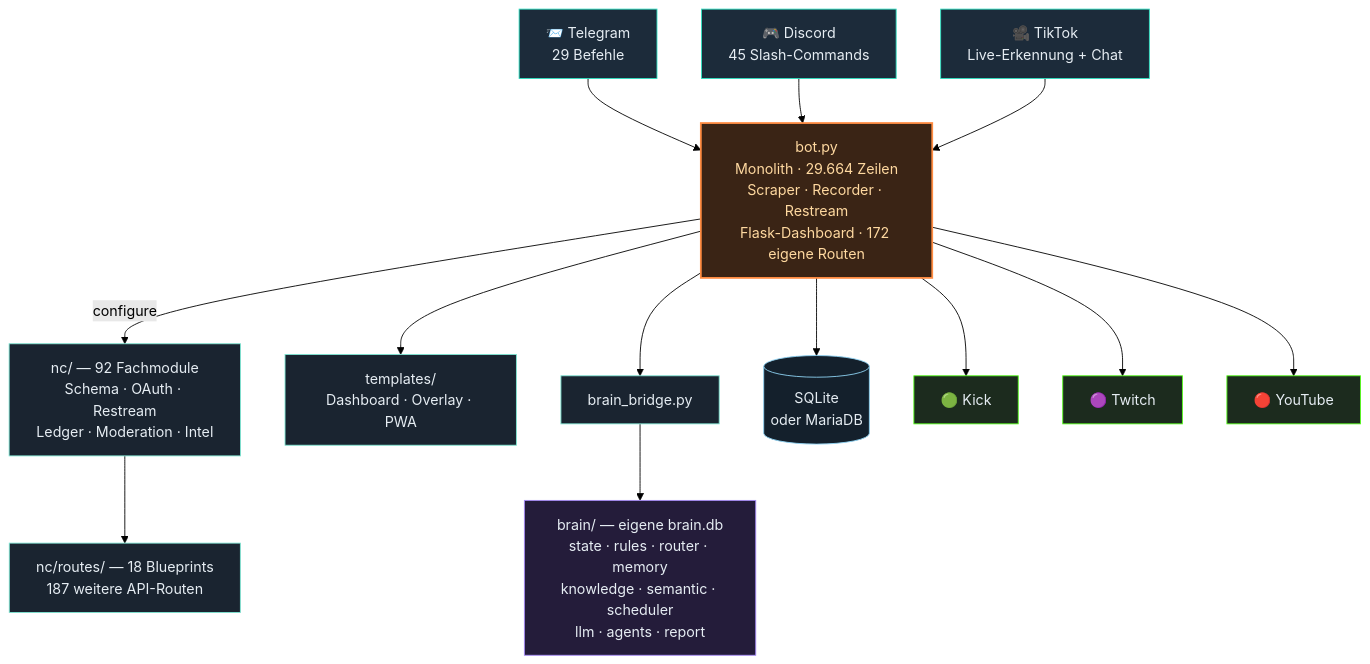
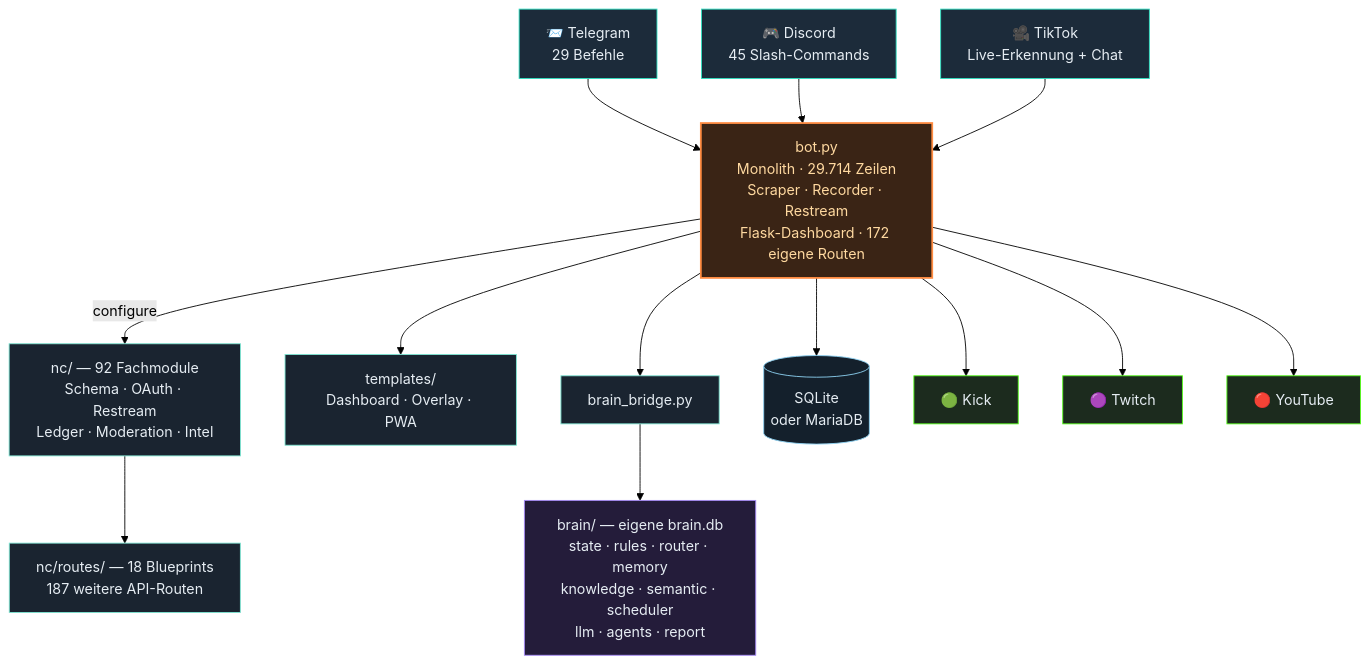
The third of 4 diagrams in README.md (itsamemedev/Telegram-Stream-Info-Bot), drawn with Mermaid (forest theme) before and after one commit. The commit also changed other lines of this file and 10 other files, not shown here.

````diff
--- a/README.md
+++ b/README.md
@@ -189,30 +189,30 @@
 ```mermaid
 flowchart TB
     TG["📨 Telegram<br/>29 Befehle"]:::ein
     DC["🎮 Discord<br/>45 Slash-Commands"]:::ein
     TT["🎥 TikTok<br/>Live-Erkennung + Chat"]:::ein
 
     TG --> BOT
     DC --> BOT
     TT --> BOT
 
-    BOT["bot.py<br/>Monolith · 29.664 Zeilen<br/>Scraper · Recorder · Restream<br/>Flask-Dashboard · 172 eigene Routen"]:::core
+    BOT["bot.py<br/>Monolith · 29.714 Zeilen<br/>Scraper · Recorder · Restream<br/>Flask-Dashboard · 172 eigene Routen"]:::core
 
     BOT -->|configure| NC["nc/ — 92 Fachmodule<br/>Schema · OAuth · Restream<br/>Ledger · Moderation · Intel"]:::lib
     NC --> RT["nc/routes/ — 18 Blueprints<br/>187 weitere API-Routen"]:::lib
     BOT --> TPL["templates/<br/>Dashboard · Overlay · PWA"]:::lib
     BOT --> BR["brain_bridge.py"]:::lib
     BR --> BRAIN["brain/ — eigene brain.db<br/>state · rules · router · memory<br/>knowledge · semantic · scheduler<br/>llm · agents · report"]:::brain
     BOT --> DB[("SQLite<br/>oder MariaDB")]:::db
 
     BOT --> KICK["🟢 Kick"]:::out
     BOT --> TW["🟣 Twitch"]:::out
     BOT --> YT["🔴 YouTube"]:::out
 
     classDef ein fill:#1c2b3a,stroke:#2de1c2,color:#e6edf3
     classDef core fill:#3a2415,stroke:#ff8c42,stroke-width:2px,color:#ffd9a0
     classDef lib fill:#1a2430,stroke:#7fe7d4,color:#e6edf3
     classDef brain fill:#241c3a,stroke:#a78bfa,color:#e6edf3
     classDef db fill:#14202c,stroke:#8fd3f4,color:#e6edf3
     classDef out fill:#1c2b1e,stroke:#53fc18,color:#e6edf3
 ```
````
